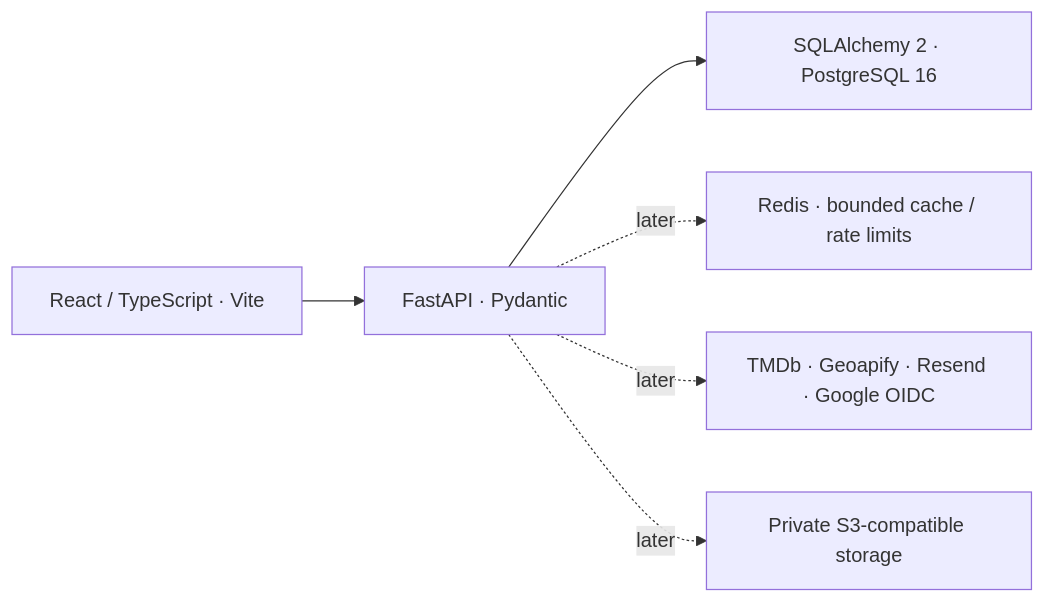
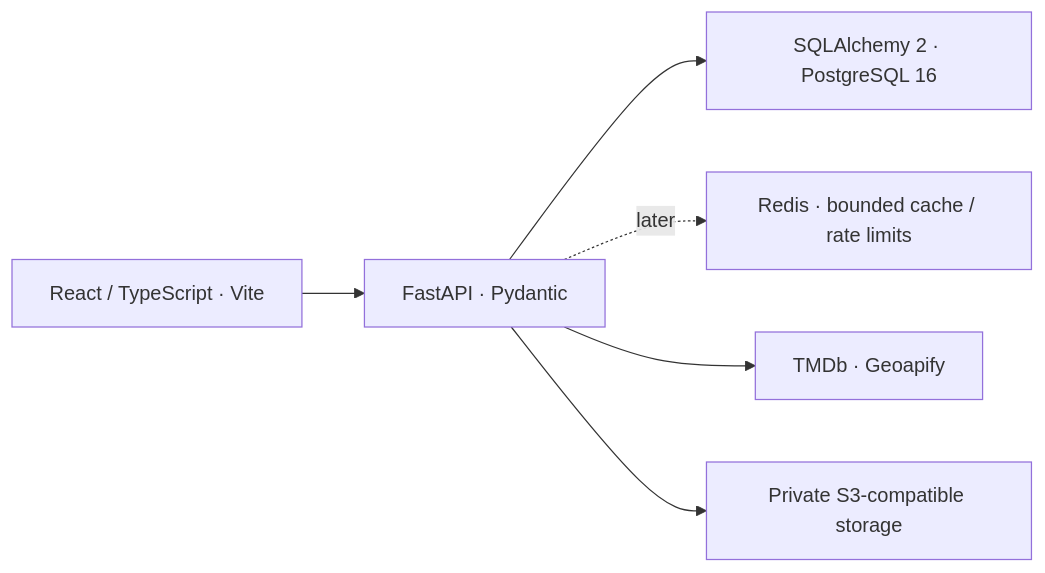
The diagram in docs/TARGET_ARCHITECTURE.md (RajRaghupatruni/movie-journal), drawn with Mermaid before and after one commit. The commit also changed other lines of this file and 37 other files, not shown here.

````diff
--- a/docs/TARGET_ARCHITECTURE.md
+++ b/docs/TARGET_ARCHITECTURE.md
@@ -5,8 +5,8 @@
 ```mermaid
 flowchart LR
   UI[React / TypeScript · Vite] --> API[FastAPI · Pydantic]
   API --> SQL[SQLAlchemy 2 · PostgreSQL 16]
   API -. later .-> Cache[Redis · bounded cache / rate limits]
-  API -. later .-> Providers[TMDb · Geoapify · Resend · Google OIDC]
-  API -. later .-> Media[Private S3-compatible storage]
+  API --> Providers[TMDb · Geoapify]
+  API --> Media[Private S3-compatible storage]
 ```
````
